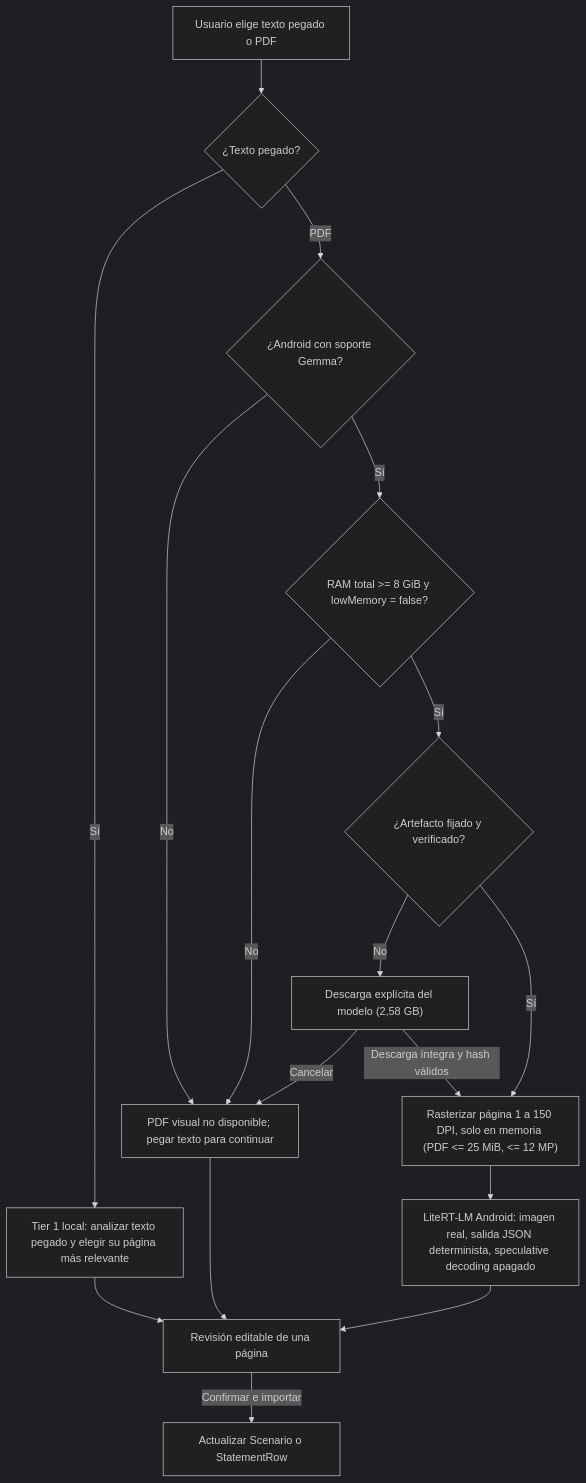
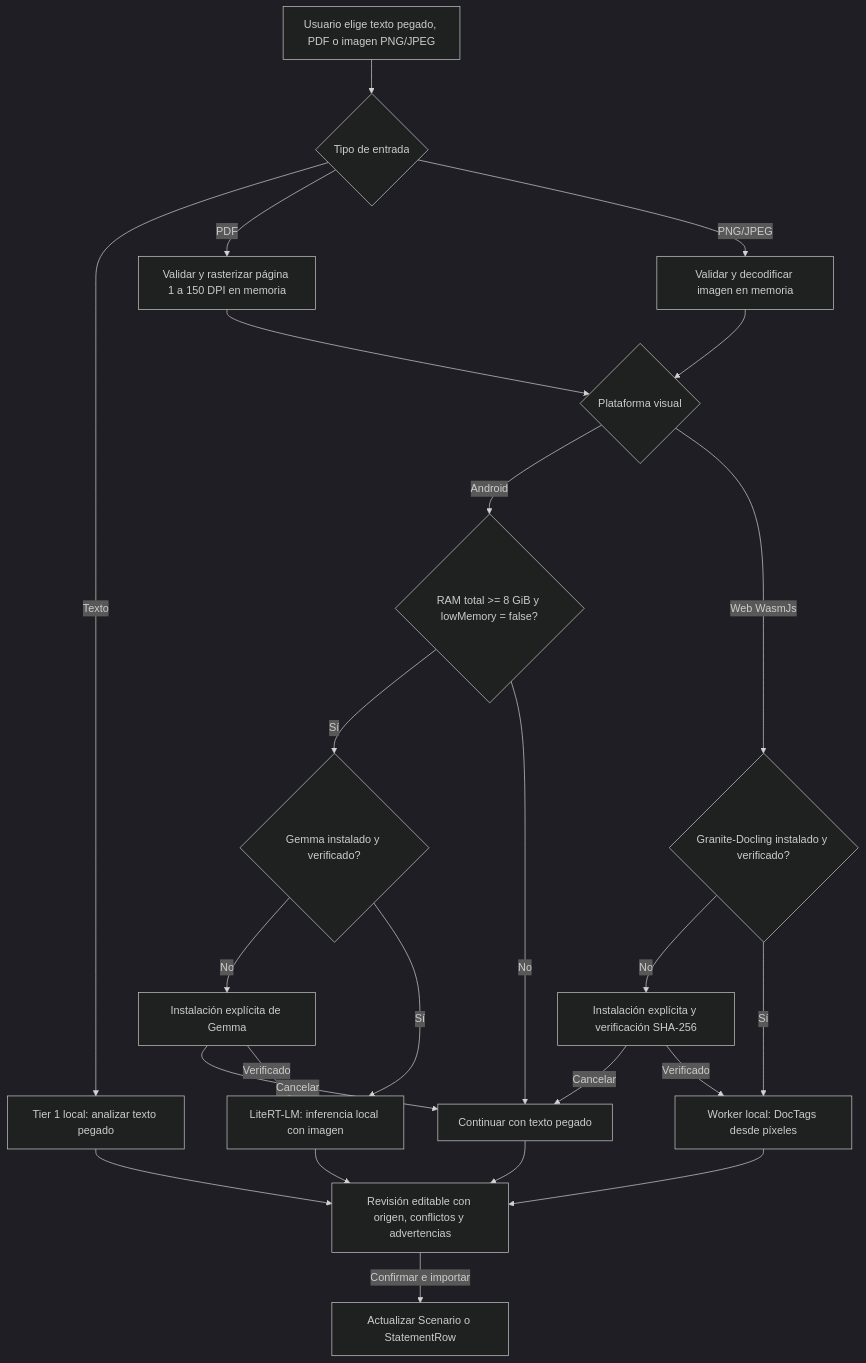
Before and after one commit to jovillarrealm/finsim: the diagram in docs/specs/HYBRID-DOCUMENT-INGESTION.md, drawn with Mermaid (dark theme). The commit also changed other lines of this file and 39 other files, not shown here.

Commit message:
feat: add local Docling web ingestion

````diff
--- a/docs/specs/HYBRID-DOCUMENT-INGESTION.md
+++ b/docs/specs/HYBRID-DOCUMENT-INGESTION.md
@@ -38,19 +39,26 @@
 ```mermaid
 flowchart TD
-    User["Usuario elige texto pegado o PDF"] --> TextPath{"¿Texto pegado?"}
-    TextPath -- "Sí" --> Tier1["Tier 1 local: analizar texto pegado y elegir su página más relevante"]
-    Tier1 --> ReviewModal["Revisión editable de una página"]
-    TextPath -- "PDF" --> AndroidCheck{"¿Android con soporte Gemma?"}
-    AndroidCheck -- "No" --> ManualFallback["PDF visual no disponible; pegar texto para continuar"]
-    AndroidCheck -- "Sí" --> HardwareCheck{"RAM total >= 8 GiB y lowMemory = false?"}
-    HardwareCheck -- "No" --> ManualFallback
-    HardwareCheck -- "Sí" --> ModelCheck{"¿Artefacto fijado y verificado?"}
-    ModelCheck -- "No" --> DownloadPrompt["Descarga explícita del modelo (2,58 GB)"]
-    DownloadPrompt -- "Cancelar" --> ManualFallback
-    DownloadPrompt -- "Descarga íntegra y hash válidos" --> Rasterize
-    ModelCheck -- "Sí" --> Rasterize["Rasterizar página 1 a 150 DPI, solo en memoria (PDF <= 25 MiB, <= 12 MP)"]
-    Rasterize --> VLMInference["LiteRT-LM Android: imagen real, salida JSON determinista, speculative decoding apagado"]
-    VLMInference --> ReviewModal
+    User["Usuario elige texto pegado, PDF o imagen PNG/JPEG"] --> Kind{"Tipo de entrada"}
+    Kind -- "Texto" --> Tier1["Tier 1 local: analizar texto pegado"]
+    Kind -- "PDF" --> Pdf["Validar y rasterizar página 1 a 150 DPI en memoria"]
+    Kind -- "PNG/JPEG" --> Image["Validar y decodificar imagen en memoria"]
+    Pdf --> Platform
+    Image --> Platform
+    Platform{"Plataforma visual"} -- "Android" --> AndroidGate{"RAM total >= 8 GiB y lowMemory = false?"}
+    AndroidGate -- "Sí" --> AndroidModel{"Gemma instalado y verificado?"}
+    AndroidModel -- "No" --> AndroidInstall["Instalación explícita de Gemma"]
+    AndroidInstall -- "Cancelar" --> ManualFallback["Continuar con texto pegado"]
+    AndroidInstall -- "Verificado" --> Gemma["LiteRT-LM: inferencia local con imagen"]
+    AndroidModel -- "Sí" --> Gemma
+    AndroidGate -- "No" --> ManualFallback
+    Platform -- "Web WasmJs" --> DoclingModel{"Granite-Docling instalado y verificado?"}
+    DoclingModel -- "No" --> DoclingInstall["Instalación explícita y verificación SHA-256"]
+    DoclingInstall -- "Cancelar" --> ManualFallback
+    DoclingInstall -- "Verificado" --> Docling["Worker local: DocTags desde píxeles"]
+    DoclingModel -- "Sí" --> Docling
+    Tier1 --> ReviewModal["Revisión editable con origen, conflictos y advertencias"]
+    Gemma --> ReviewModal
+    Docling --> ReviewModal
     ManualFallback --> ReviewModal
     ReviewModal -- "Confirmar e importar" --> Workspace["Actualizar Scenario o StatementRow"]
 ```
````
